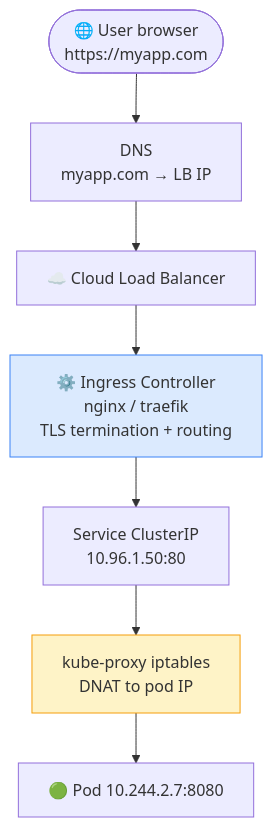
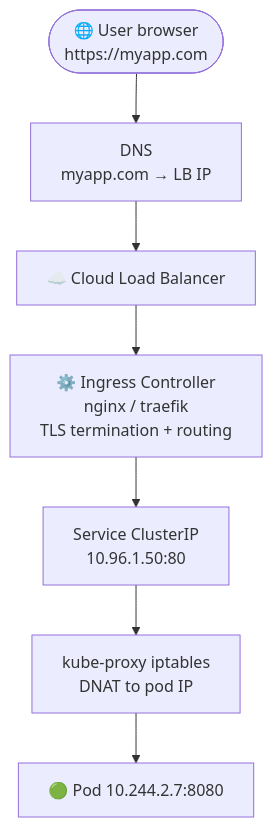
Before and after one commit to Gautam4424/k8slearn-content: the second of 2 diagrams in content/cka/02-kubernetes-architecture-complete-reference/25-full-pod-lifecycle-request-flow/25-full-pod-lifecycle-request-flow.md, drawn with Mermaid. The commit also changed 40 other files, not shown here.

Commit message:
chore: fix mermaid style regex

````diff
--- a/content/cka/02-kubernetes-architecture-complete-reference/25-full-pod-lifecycle-request-flow/25-full-pod-lifecycle-request-flow.md
+++ b/content/cka/02-kubernetes-architecture-complete-reference/25-full-pod-lifecycle-request-flow/25-full-pod-lifecycle-request-flow.md
@@ -70,13 +70,11 @@
 ```mermaid
 flowchart TD
     USER(["🌐 User browser\nhttps://myapp.com"])
     DNS["DNS\nmyapp.com → LB IP"]
     LB["☁️ Cloud Load Balancer"]
     ING["⚙️ Ingress Controller\nnginx / traefik\nTLS termination + routing"]
     SVC["Service ClusterIP\n10.96.1.50:80"]
     KP["kube-proxy iptables\nDNAT to pod IP"]
     POD["🟢 Pod 10.244.2.7:8080"]
     USER --> DNS --> LB --> ING --> SVC --> KP --> POD
-    style ING fill:#dbeafe,stroke:#3b82f6
-    style KP fill:#fef3c7,stroke:#f59e0b
 ```
````
